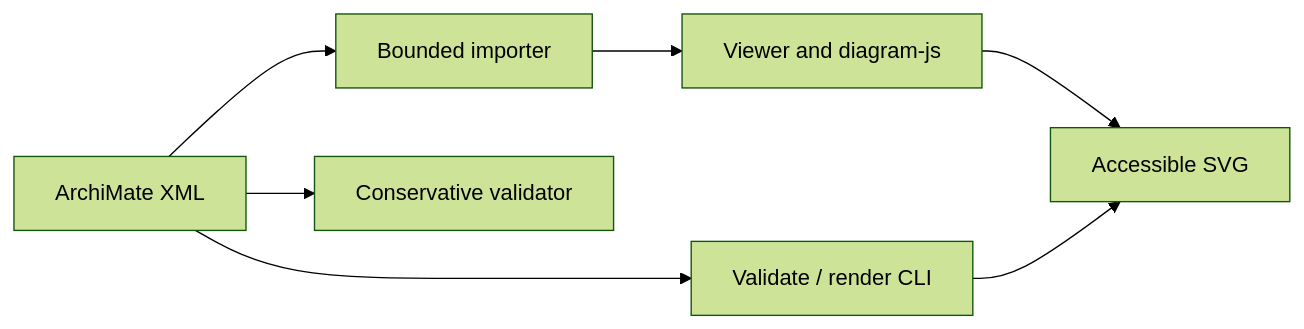
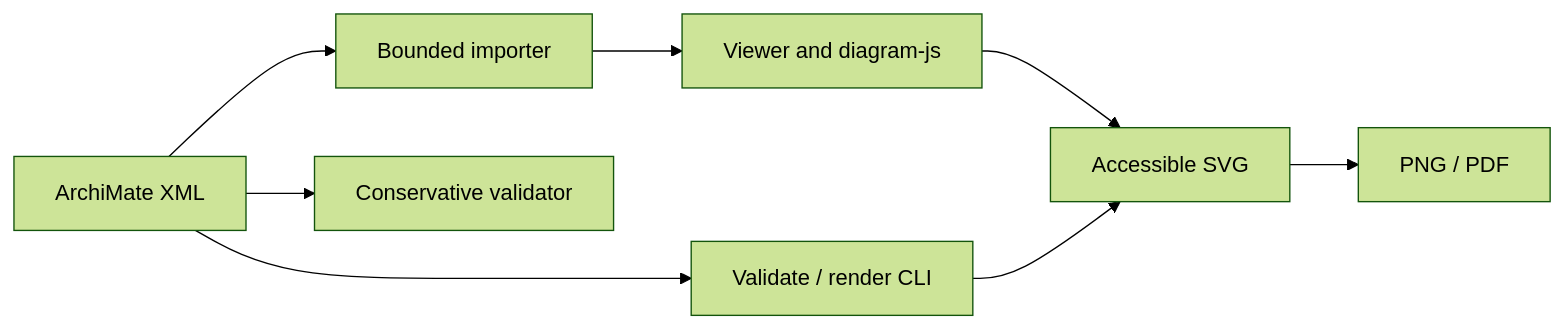
One commit to Tigon32/archimate-js changed the first of 2 diagrams in README.md. Above: the diagram before and after it, drawn with Mermaid (forest theme). The commit also changed other lines of this file and 19 other files, not shown here.

First line of the commit message:
feat(cli): export views as SVG PNG and PDF

````diff
--- a/README.md
+++ b/README.md
@@ -29,9 +29,10 @@
 ```mermaid
 flowchart LR
   XML["ArchiMate XML"] --> I["Bounded importer"]
   I --> V["Viewer and diagram-js"]
   V --> SVG["Accessible SVG"]
   XML --> Q["Conservative validator"]
   XML --> CLI["Validate / render CLI"]
   CLI --> SVG
+  SVG --> PNG["PNG / PDF"]
 ```
````
